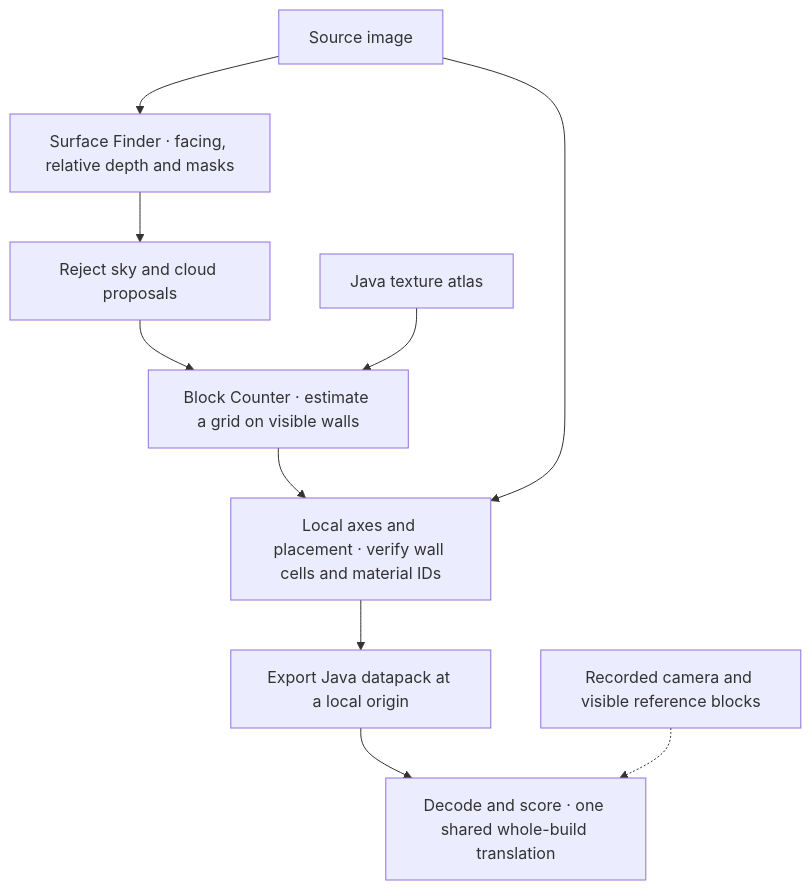
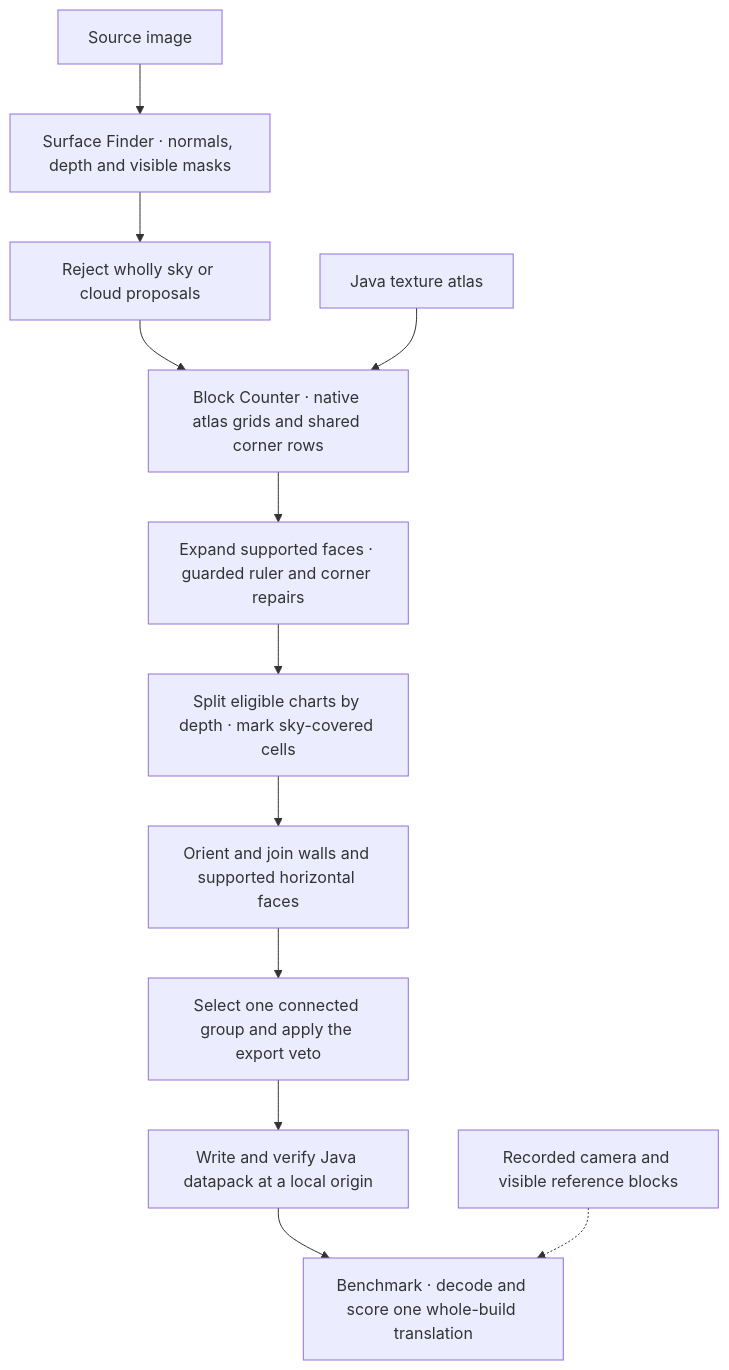
The diagram in ARCHITECTURE.md (jeremyepling/minecraft-image-reconstruction), drawn with Mermaid before and after one commit. The commit also changed other lines of this file and 26 other files, not shown here.

Commit message:
Make Expanded Split-Border the default Floating build

````diff
--- a/ARCHITECTURE.md
+++ b/ARCHITECTURE.md
@@ -5,12 +5,14 @@
 ```mermaid
 flowchart TD
-    I["Source image"] --> F["Surface Finder · facing, relative depth and masks"]
-    F --> S["Reject sky and cloud proposals"]
-    S --> G["Block Counter · estimate a grid on visible walls"]
-    A["Java texture atlas"] --> G
-    G --> P["Local axes and placement · verify wall cells and material IDs"]
-    I --> P
-    P --> E["Export Java datapack at a local origin"]
-    E --> Q["Decode and score · one shared whole-build translation"]
+    I["Source image"] --> F["Surface Finder · normals, depth and visible masks"]
+    F --> S["Reject wholly sky or cloud proposals"]
+    S --> C["Block Counter · native atlas grids and shared corner rows"]
+    A["Java texture atlas"] --> C
+    C --> X["Expand supported faces · guarded ruler and corner repairs"]
+    X --> D["Split eligible charts by depth · mark sky-covered cells"]
+    D --> J["Orient and join walls and supported horizontal faces"]
+    J --> G["Select one connected group and apply the export veto"]
+    G --> E["Write and verify Java datapack at a local origin"]
+    E --> Q["Benchmark · decode and score one whole-build translation"]
     T["Recorded camera and visible reference blocks"] -.-> Q
 ```
````
